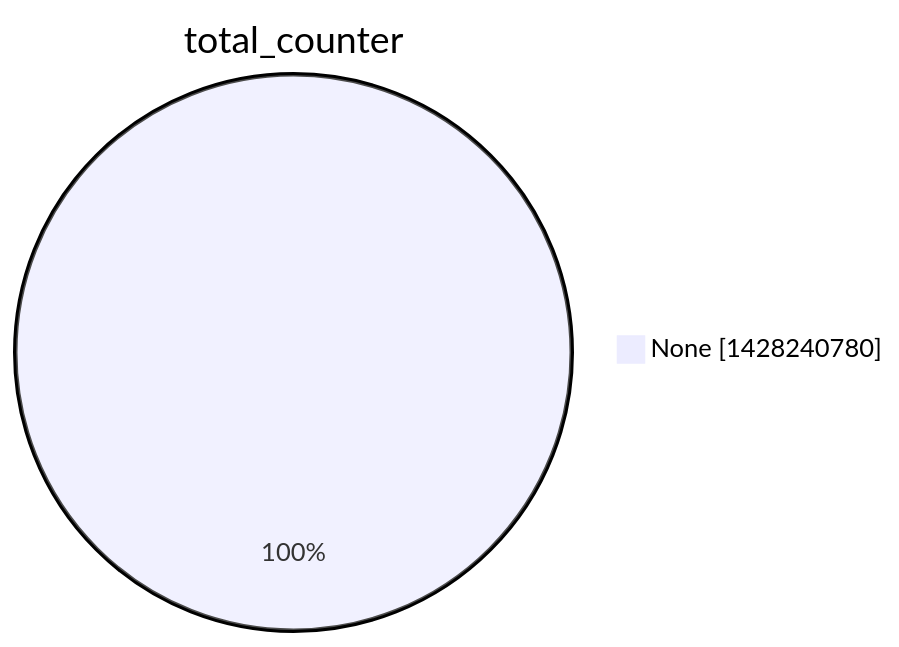
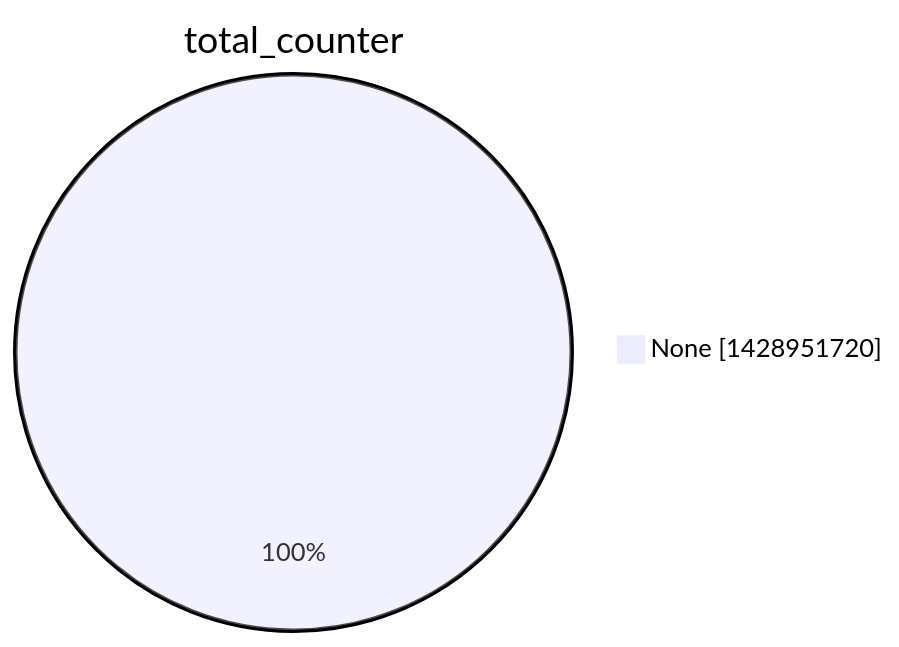
Before and after one commit to christiankrug/ctmonitor_visualization: the second of 15 diagrams in argon2022/README.md, drawn with Mermaid. The commit also changed other lines of this file, not shown here.

````diff
--- a/argon2022/README.md
+++ b/argon2022/README.md
@@ -9,5 +9,5 @@
 ```mermaid
 pie showData
 title total_counter
-"None" :1428240780
+"None" :1428951720
 ```
````
